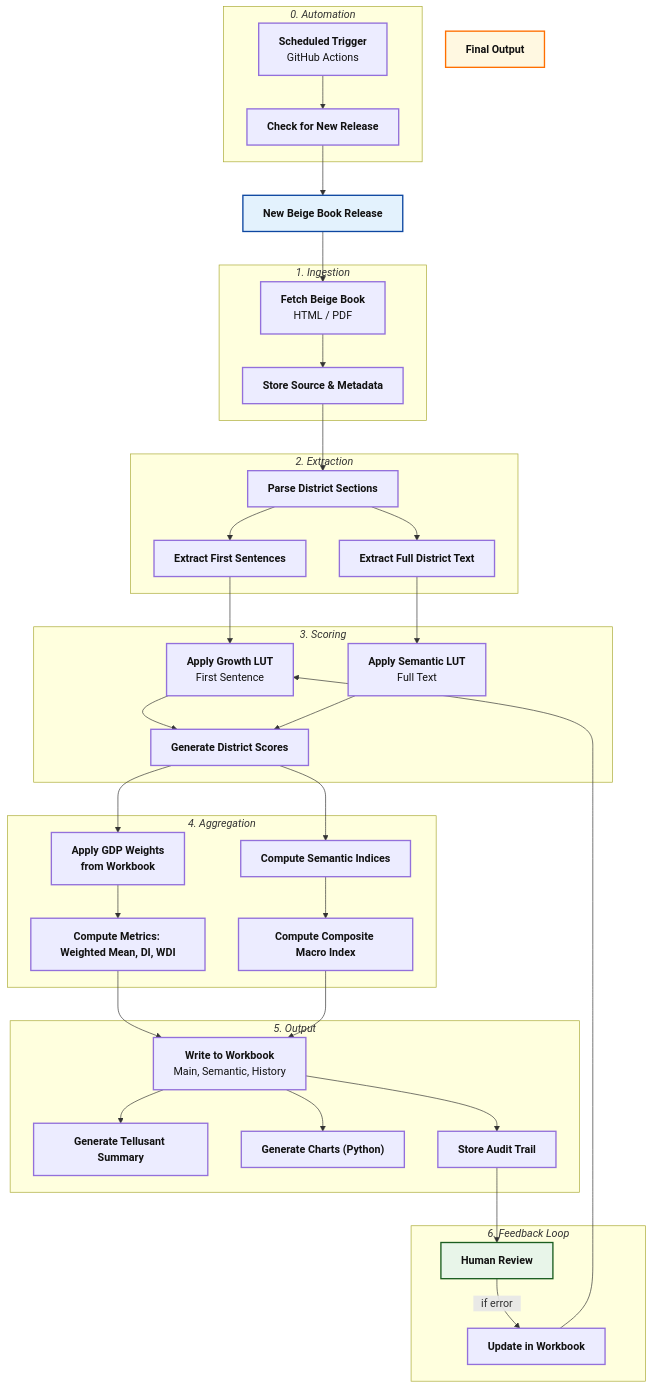
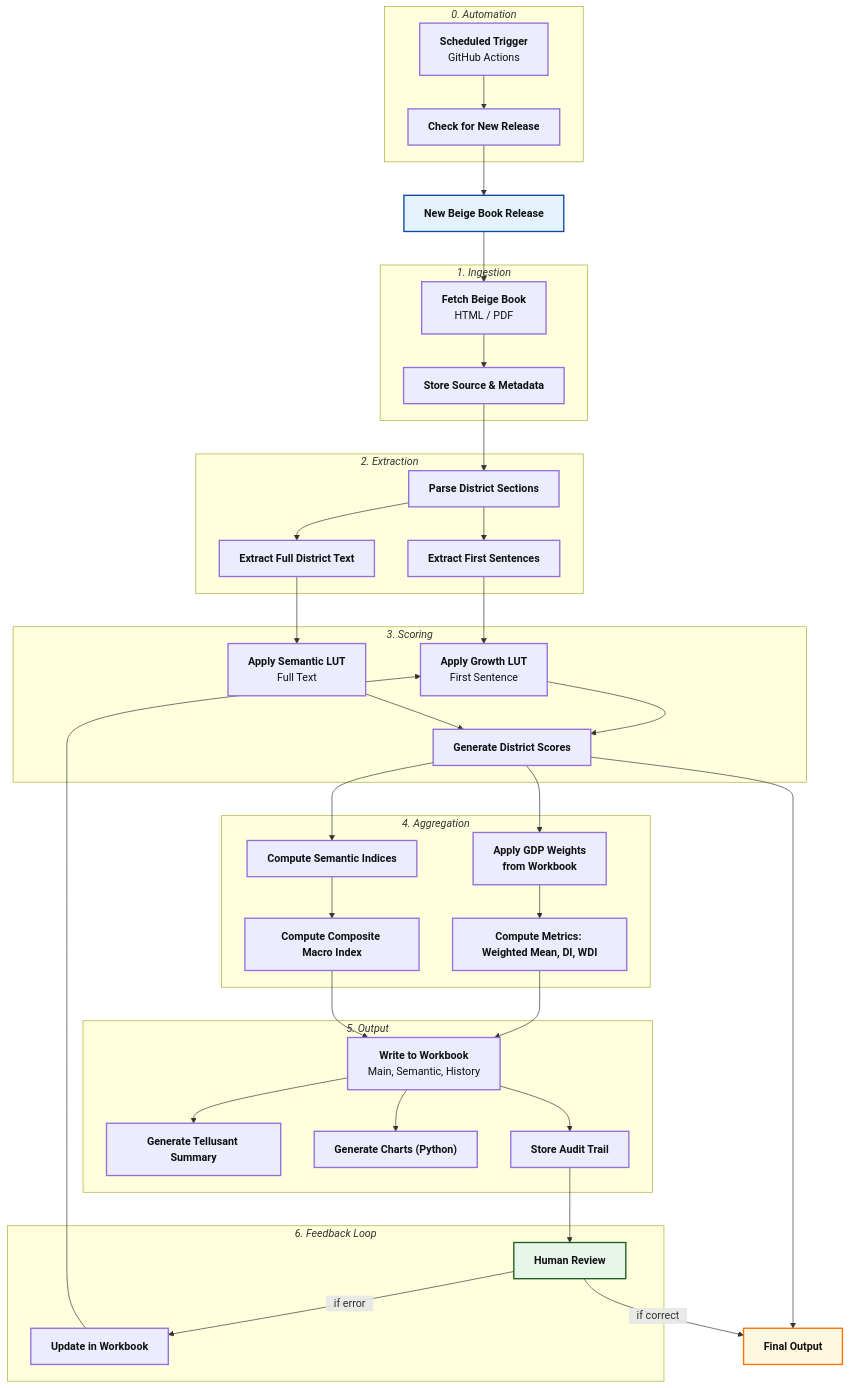
The diagram in articles-posts/fedora.md (scanback/docs), drawn with Mermaid before and after one commit.

```diff
--- a/articles-posts/fedora.md
+++ b/articles-posts/fedora.md
@@ -9,76 +9,77 @@
 <div class="mermaid">
 
 %%{init: {'themeVariables': { 'fontFamily': 'Arial'}}}%%
 
 flowchart TD
 
     A["`**New Beige Book Release**`"]:::blue
 
     subgraph S1["`*1. Ingestion*`"]
         B["`**Fetch Beige Book**<br/>HTML / PDF`"]:::base
         C["`**Store Source & Metadata**`"]:::base
     end
 
     subgraph S2["`*2. Extraction*`"]
         D["`**Parse District Sections**`"]:::base
         E["`**Extract First Sentences**`"]:::base
         F["`**Extract Full District Text**`"]:::base
     end
 
     subgraph S3["`*3. Scoring*`"]
         G["`**Apply Growth LUT**<br/>First Sentence`"]:::base
         H["`**Apply Semantic LUT**<br/>Full Text`"]:::base
         I["`**Generate District Scores**`"]:::base
     end
 
     subgraph S4["`*4. Aggregation*`"]
         J["`**Apply GDP Weights<br/>from Workbook**`"]:::base
         K["`**Compute Metrics: Weighted Mean, DI, WDI**`"]:::base
         L["`**Compute Semantic Indices**`"]:::base
         M["`**Compute Composite Macro Index**`"]:::base
     end
 
     subgraph S5["`*5. Output*`"]
         N["`**Write to Workbook**<br/>Main, Semantic, History`"]:::base
         O["`**Generate Tellusant Summary**`"]:::base
         P["`**Generate Charts (Python)**`"]:::base
         Q["`**Store Audit Trail**`"]:::base
     end
 
     subgraph S6["`*0. Automation*`"]
         R["`**Scheduled Trigger**<br/>GitHub Actions`"]:::base
         S["`**Check for New Release**`"]:::base
     end
 
     subgraph S7["`*6. Feedback Loop*`"]
         T["`**Human Review**`"]:::green
         U["`**Update in Workbook**`"]:::base
     end
 
         V["`**Final Output**`"]:::orange
         
     R --> S --> A
     A --> B --> C --> D --> E
     D --> F
     E --> G --> I
     F --> H --> I
     I --> J --> K
     I --> L --> M
     K --> N
     M --> N
     N --> O
     N --> P
     N --> Q
     Q --> T -->|⠀if error⠀| U --> G
-    %% T -->|⠀no error⠀| V
+    T -->|⠀if correct⠀| V
+    I --> V
 
 %% ========= STYLES =========
 classDef green   fill:#E8F5E9,stroke:#1B5E20,stroke-width:2px,color:#111;
 classDef blue    fill:#E3F2FD,stroke:#0D47A1,stroke-width:2px,color:#111;
 classDef orange  fill:#FFF8E1,stroke:#FF6F00,stroke-width:2px,color:#111;
 classDef red     fill:#FDECEA,stroke:#B71C1C,stroke-width:2px,color:#111;
 classDef grey    fill:#F5F5F5,stroke:#424242,stroke-width:2px,color:#111;
 classDef base    fill:#ECECFF,stroke:#9370DB,stroke-width:2px,color:#111;
 classDef clear   fill:transparent,stroke:transparent;
 
     </div>
```
